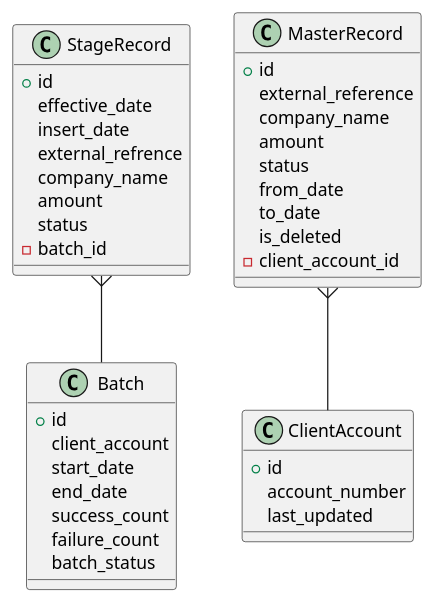
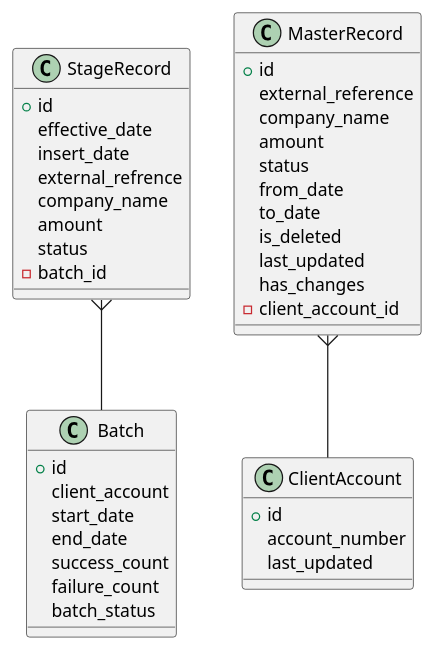
One commit to mariusvrstr/Python-SCD-ETL changed the diagram in docs/database_design.puml. Above: the diagram before and after it, drawn with PlantUML.

Commit message:
Included more transactional meta data

```diff
--- a/docs/database_design.puml
+++ b/docs/database_design.puml
@@ -1,45 +1,47 @@
 @startuml ERD Design
 
 class StageRecord {
     +id
     effective_date
     insert_date
     external_refrence
     company_name
     amount
     status
     -batch_id
 }
 
 class Batch {
     +id
     client_account
     start_date
     end_date
     success_count
     failure_count
     batch_status
 }
 
 class MasterRecord {
     +id
     external_reference
     company_name
     amount
     status
     from_date
     to_date
     is_deleted
+    last_updated
+    has_changes
     -client_account_id
 }
 
 class ClientAccount {
     +id
     account_number
     last_updated
 }
 
 StageRecord }-- Batch
 MasterRecord }-- ClientAccount
 
 @enduml
```
